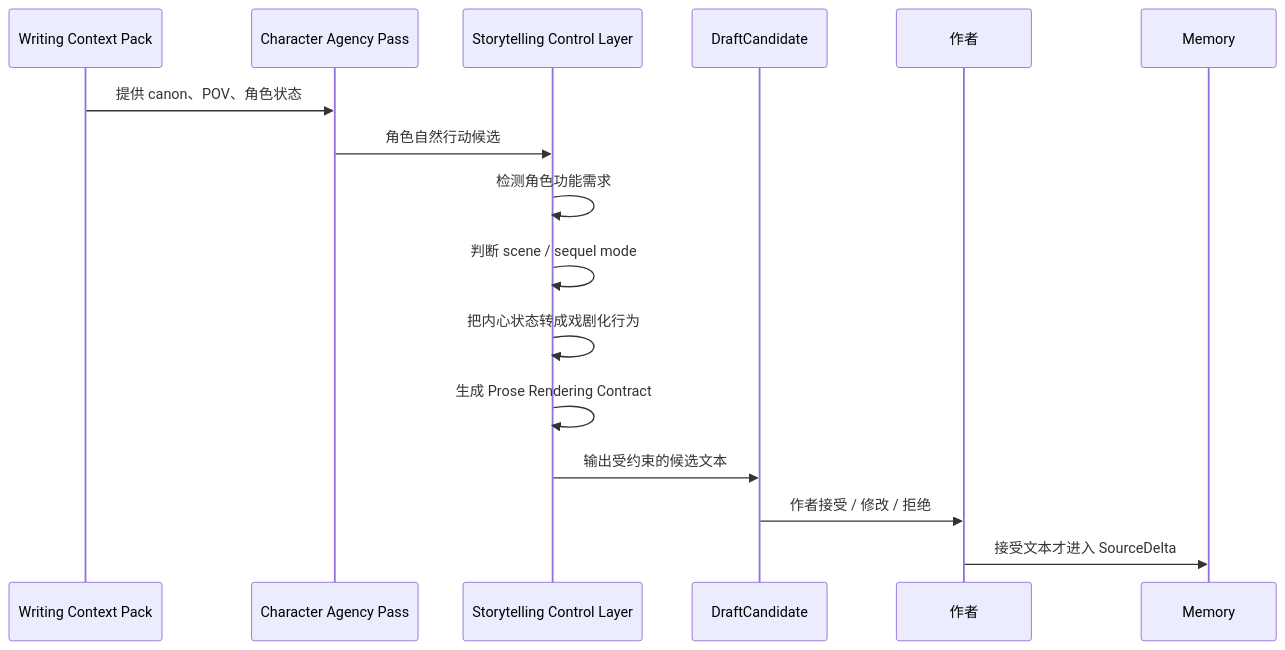
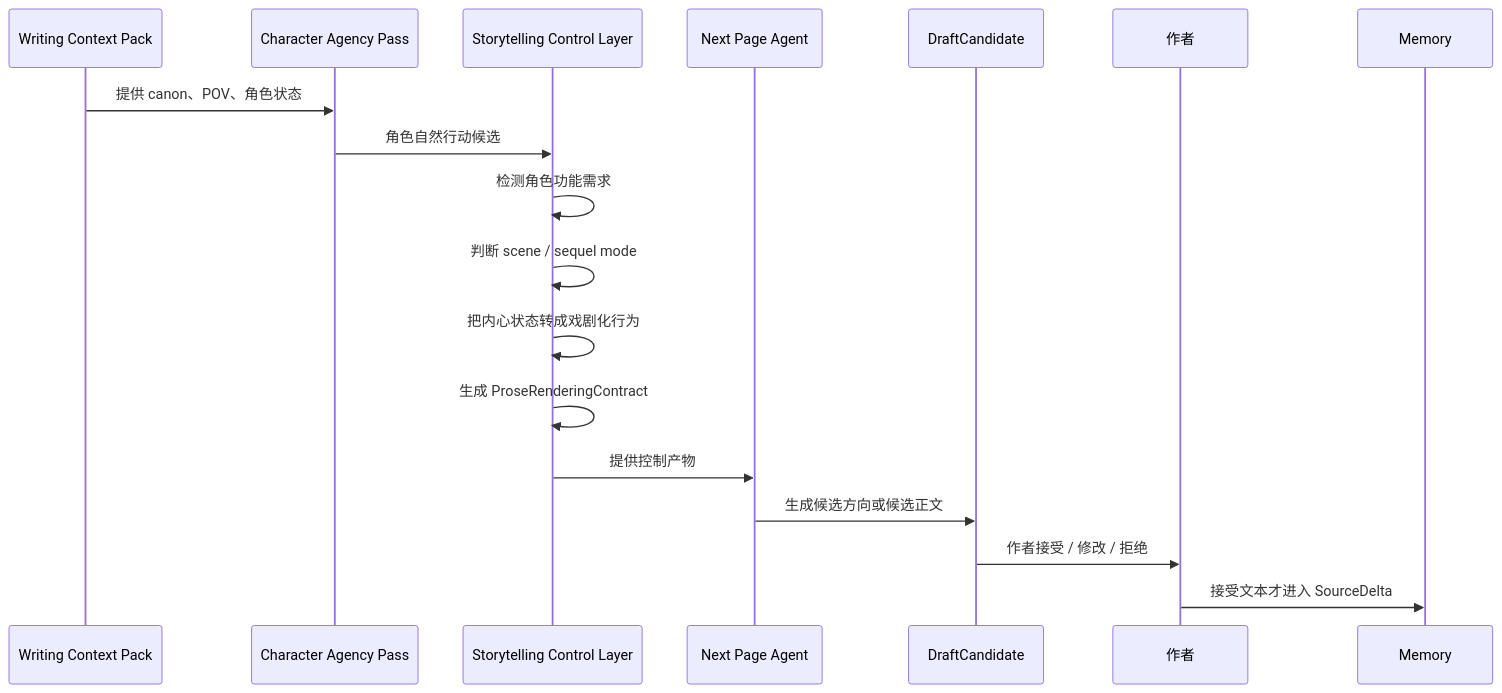
The second of 3 diagrams in goals/27-storytelling-control-layer.md (FrankQDWang/sextantlabs), drawn with Mermaid before and after one commit. The commit also changed other lines of this file, not shown here.

````diff
--- a/goals/27-storytelling-control-layer.md
+++ b/goals/27-storytelling-control-layer.md
@@ -59,19 +91,21 @@
 ```mermaid
 sequenceDiagram
     participant Pack as Writing Context Pack
     participant Agency as Character Agency Pass
     participant Story as Storytelling Control Layer
+    participant Agent as Next Page Agent
     participant Draft as DraftCandidate
     participant Author as 作者
     participant Memory as Memory
 
     Pack->>Agency: 提供 canon、POV、角色状态
     Agency->>Story: 角色自然行动候选
     Story->>Story: 检测角色功能需求
     Story->>Story: 判断 scene / sequel mode
     Story->>Story: 把内心状态转成戏剧化行为
-    Story->>Story: 生成 Prose Rendering Contract
-    Story->>Draft: 输出受约束的候选文本
+    Story->>Story: 生成 ProseRenderingContract
+    Story->>Agent: 提供控制产物
+    Agent->>Draft: 生成候选方向或候选正文
     Draft->>Author: 作者接受 / 修改 / 拒绝
     Author->>Memory: 接受文本才进入 SourceDelta
 ```
````
